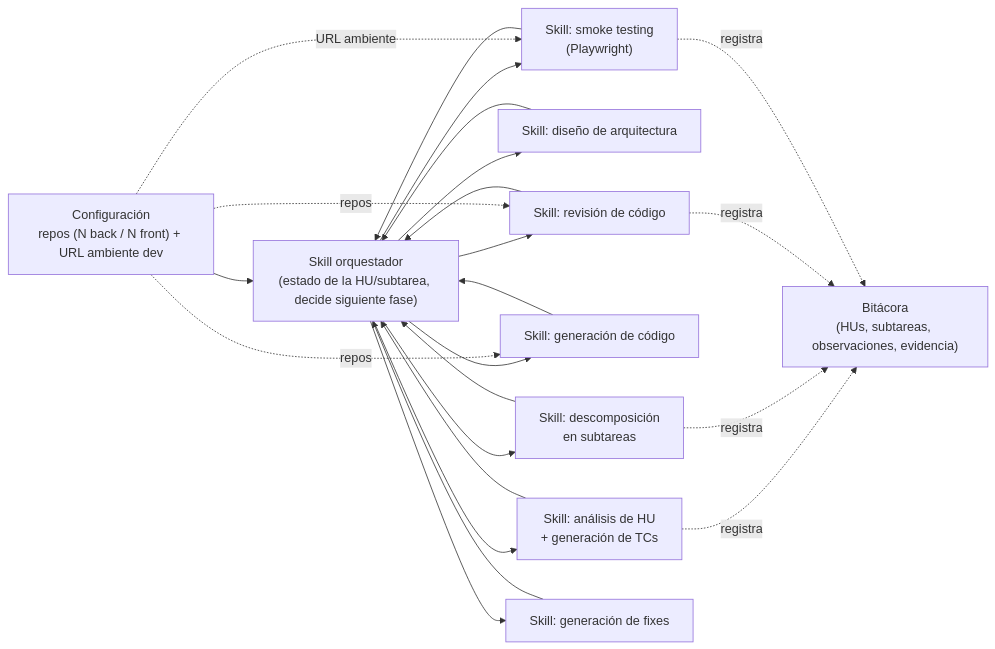
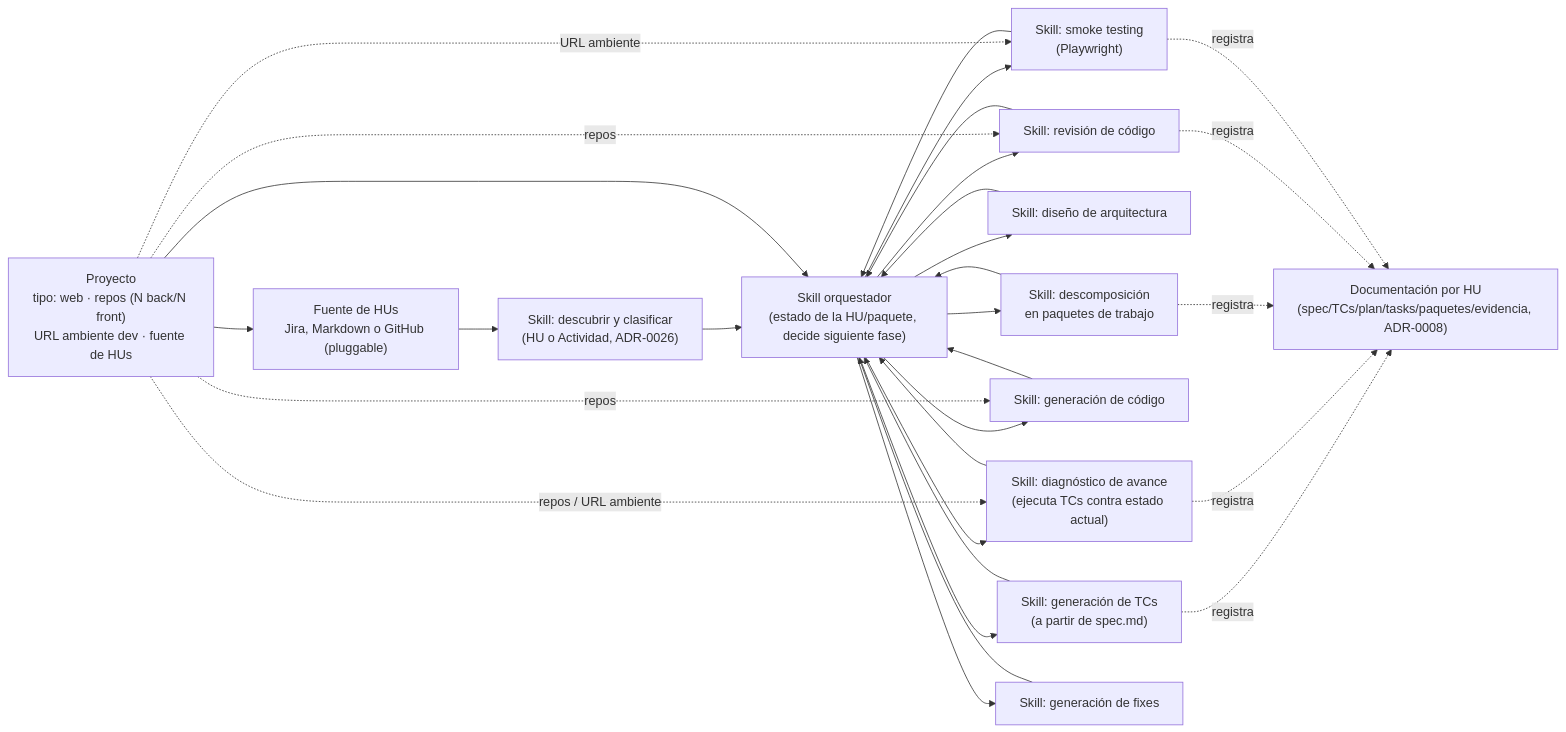
The diagram in itz/arquitectura/diagramas/02-skill-orquestador-y-skills-por-fase.md (CarlosSotoGarcia/jcsoto-tech-lead), drawn with Mermaid before and after one commit. The commit also changed other lines of this file and 39 other files, not shown here.

First line of the commit message:
docs: complete Telar architecture design (ADR-0007 to 0030)

````diff
--- a/itz/arquitectura/diagramas/02-skill-orquestador-y-skills-por-fase.md
+++ b/itz/arquitectura/diagramas/02-skill-orquestador-y-skills-por-fase.md
@@ -8,33 +12,40 @@
 ```mermaid
 flowchart LR
-    CFG["Configuración\nrepos (N back / N front) + URL ambiente dev"]
-    ORQ["Skill orquestador\n(estado de la HU/subtarea, decide siguiente fase)"]
+    CFG["Proyecto\ntipo: web · repos (N back/N front)\nURL ambiente dev · fuente de HUs"]
+    FUENTE["Fuente de HUs\nJira, Markdown o GitHub (pluggable)"]
+    S0["Skill: descubrir y clasificar\n(HU o Actividad, ADR-0026)"]
+    ORQ["Skill orquestador\n(estado de la HU/paquete, decide siguiente fase)"]
 
-    S1["Skill: análisis de HU\n+ generación de TCs"]
+    S1["Skill: generación de TCs\n(a partir de spec.md)"]
+    S1B["Skill: diagnóstico de avance\n(ejecuta TCs contra estado actual)"]
     S2["Skill: diseño de arquitectura"]
-    S3["Skill: descomposición\nen subtareas"]
+    S3["Skill: descomposición\nen paquetes de trabajo"]
     S4["Skill: generación de código"]
     S5["Skill: revisión de código"]
     S6["Skill: smoke testing\n(Playwright)"]
     S7["Skill: generación de fixes"]
 
-    BIT["Bitácora\n(HUs, subtareas, observaciones, evidencia)"]
+    BIT["Documentación por HU\n(spec/TCs/plan/tasks/paquetes/evidencia, ADR-0008)"]
 
+    CFG --> FUENTE --> S0 --> ORQ
     CFG --> ORQ
     ORQ --> S1 --> ORQ
+    ORQ --> S1B --> ORQ
     ORQ --> S2 --> ORQ
     ORQ --> S3 --> ORQ
     ORQ --> S4 --> ORQ
     ORQ --> S5 --> ORQ
     ORQ --> S6 --> ORQ
     ORQ --> S7 --> ORQ
 
     CFG -.repos.-> S4
+    CFG -.repos / URL ambiente.-> S1B
     CFG -.repos.-> S5
     CFG -.URL ambiente.-> S6
 
     S1 -.registra.-> BIT
+    S1B -.registra.-> BIT
     S3 -.registra.-> BIT
     S5 -.registra.-> BIT
     S6 -.registra.-> BIT
 ```
````
